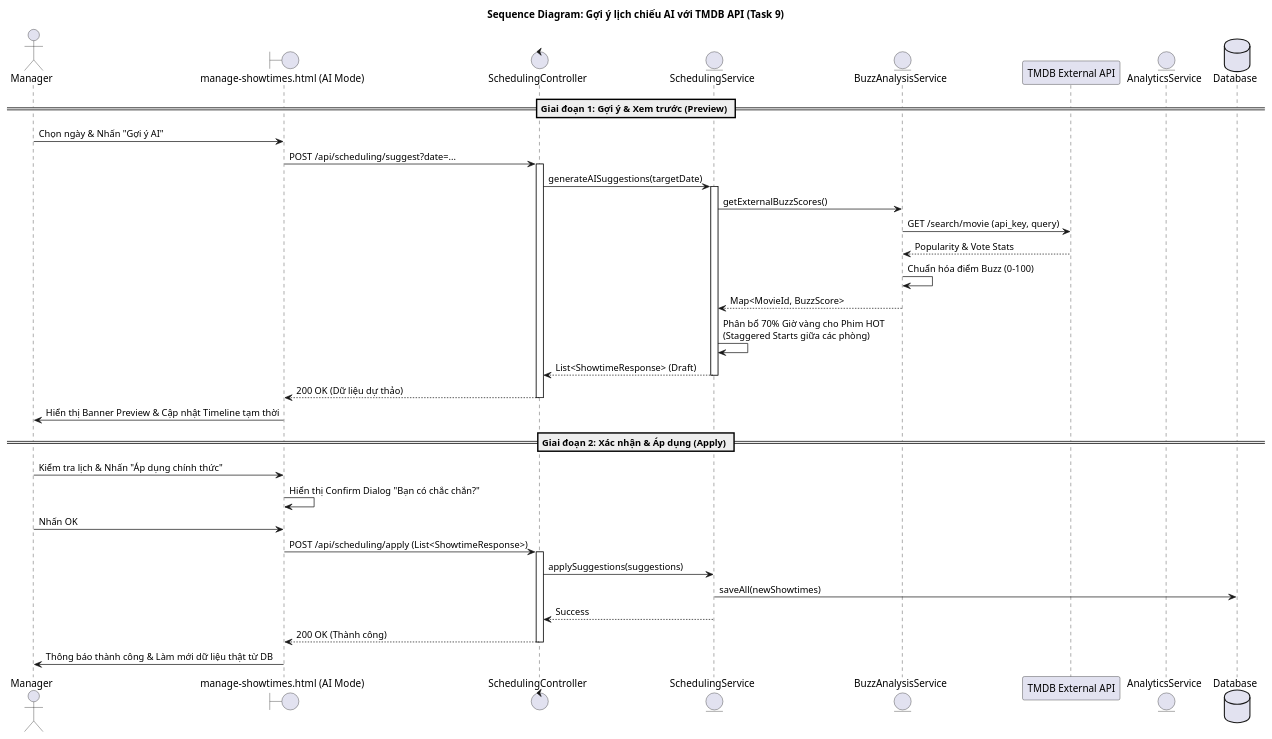
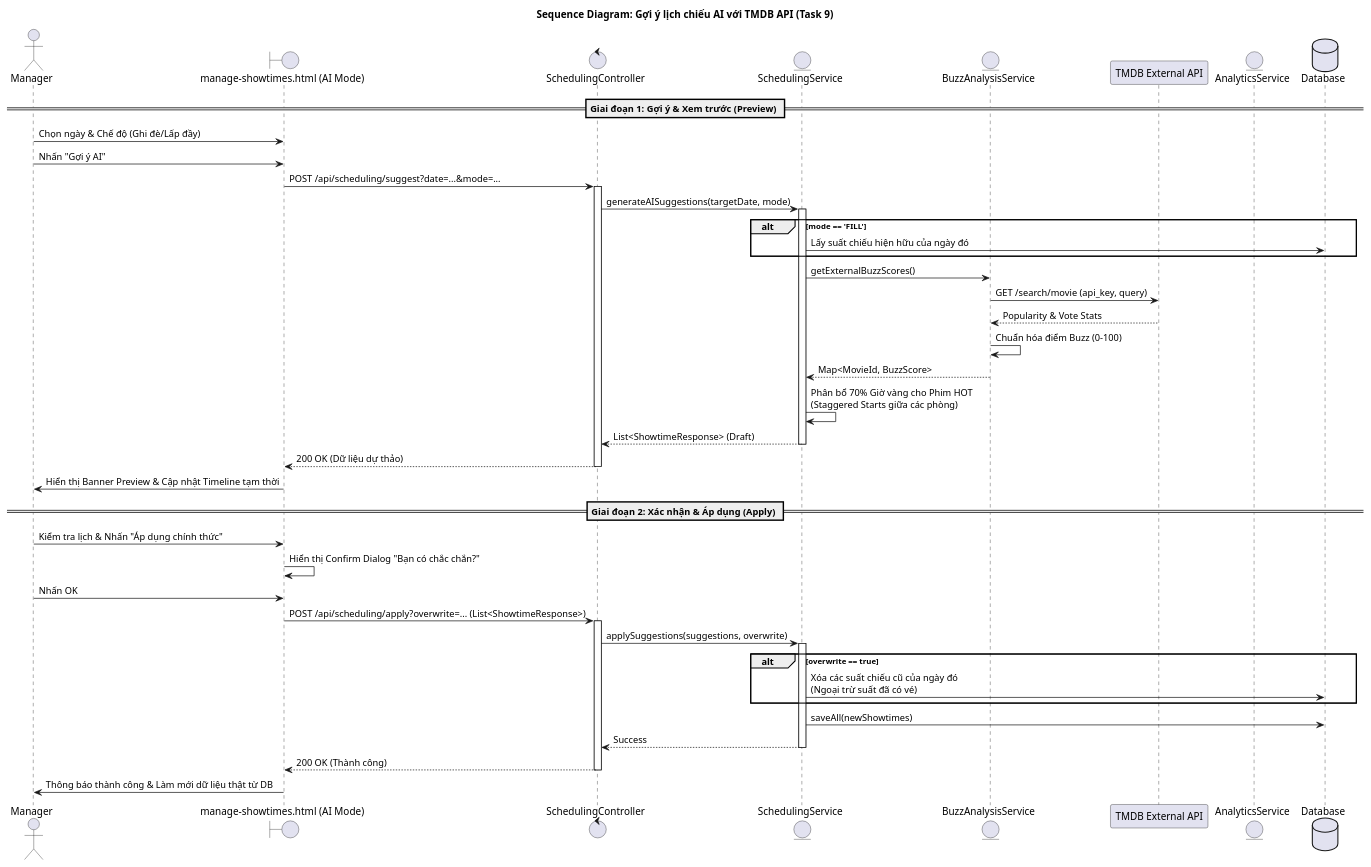
Before and after one commit to vothnha26/Cinema-Management-System: the diagram in uml/sequence/manager_ai_scheduling.puml, drawn with PlantUML. The commit also changed 2 other files, not shown here.

Commit message:
docs: update and add missing UML diagrams (AI Scheduling & Audit Log) for task compliance

```diff
--- a/uml/sequence/manager_ai_scheduling.puml
+++ b/uml/sequence/manager_ai_scheduling.puml
@@ -1,53 +1,64 @@
 @startuml Manager AI Scheduling
 title Sequence Diagram: Gợi ý lịch chiếu AI với TMDB API (Task 9)
 skinparam theme cerulean
 
 actor Manager
 boundary "manage-showtimes.html (AI Mode)" as UI
 control "SchedulingController" as Ctrl
 entity "SchedulingService" as Svc
 entity "BuzzAnalysisService" as BuzzSvc
 participant "TMDB External API" as TMDB
 entity "AnalyticsService" as AnalyticsSvc
 database "Database" as DB
 
 == Giai đoạn 1: Gợi ý & Xem trước (Preview) ==
-Manager -> UI: Chọn ngày & Nhấn "Gợi ý AI"
-UI -> Ctrl: POST /api/scheduling/suggest?date=...
+Manager -> UI: Chọn ngày & Chế độ (Ghi đè/Lấp đầy)
+Manager -> UI: Nhấn "Gợi ý AI"
+UI -> Ctrl: POST /api/scheduling/suggest?date=...&mode=...
 activate Ctrl
 
-Ctrl -> Svc: generateAISuggestions(targetDate)
+Ctrl -> Svc: generateAISuggestions(targetDate, mode)
 activate Svc
+
+alt mode == 'FILL'
+    Svc -> DB: Lấy suất chiếu hiện hữu của ngày đó
+end
 
 Svc -> BuzzSvc: getExternalBuzzScores()
 BuzzSvc -> TMDB: GET /search/movie (api_key, query)
 TMDB --> BuzzSvc: Popularity & Vote Stats
 BuzzSvc -> BuzzSvc: Chuẩn hóa điểm Buzz (0-100)
 BuzzSvc --> Svc: Map<MovieId, BuzzScore>
 
 Svc -> Svc: Phân bổ 70% Giờ vàng cho Phim HOT \n(Staggered Starts giữa các phòng)
 
 Svc --> Ctrl: List<ShowtimeResponse> (Draft)
 deactivate Svc
 
 Ctrl --> UI: 200 OK (Dữ liệu dự thảo)
 deactivate Ctrl
 
 UI -> Manager: Hiển thị Banner Preview & Cập nhật Timeline tạm thời
 
 == Giai đoạn 2: Xác nhận & Áp dụng (Apply) ==
 Manager -> UI: Kiểm tra lịch & Nhấn "Áp dụng chính thức"
 UI -> UI: Hiển thị Confirm Dialog "Bạn có chắc chắn?"
 Manager -> UI: Nhấn OK
 
-UI -> Ctrl: POST /api/scheduling/apply (List<ShowtimeResponse>)
+UI -> Ctrl: POST /api/scheduling/apply?overwrite=... (List<ShowtimeResponse>)
 activate Ctrl
-Ctrl -> Svc: applySuggestions(suggestions)
+Ctrl -> Svc: applySuggestions(suggestions, overwrite)
+activate Svc
+
+alt overwrite == true
+    Svc -> DB: Xóa các suất chiếu cũ của ngày đó \n(Ngoại trừ suất đã có vé)
+end
+
 Svc -> DB: saveAll(newShowtimes)
 Svc --> Ctrl: Success
 deactivate Svc
 Ctrl --> UI: 200 OK (Thành công)
 deactivate Ctrl
 
 UI -> Manager: Thông báo thành công & Làm mới dữ liệu thật từ DB
 @enduml
```
